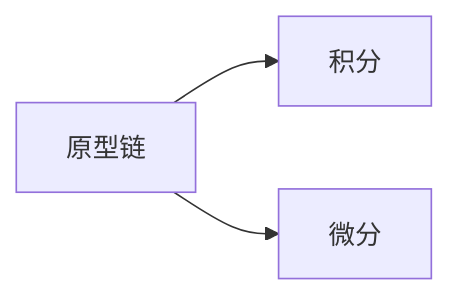
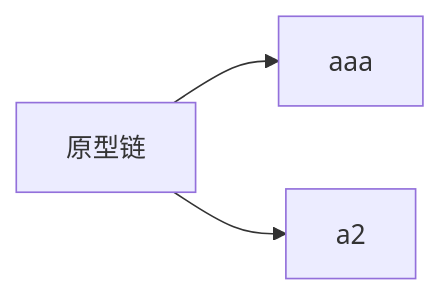
Before and after one commit to lemonchann/lemonchann.github.io: the diagram in _posts/js逆向/拼多多/2023-12-29-拼多多笔记.md, drawn with Mermaid. The commit also changed other lines of this file, not shown here.

Commit message:
_posts/js逆向/拼多多/2023-12-29-拼多多笔记.md updated from https://stackedit.cn/

````diff
--- a/_posts/js逆向/拼多多/2023-12-29-拼多多笔记.md
+++ b/_posts/js逆向/拼多多/2023-12-29-拼多多笔记.md
@@ -4,5 +4,5 @@
 ```mermaid 
 graph LR
-原型链 --> 积分
-原型链 --> 微分
+原型链 --> aaa
+原型链 --> a2
 ```
````
